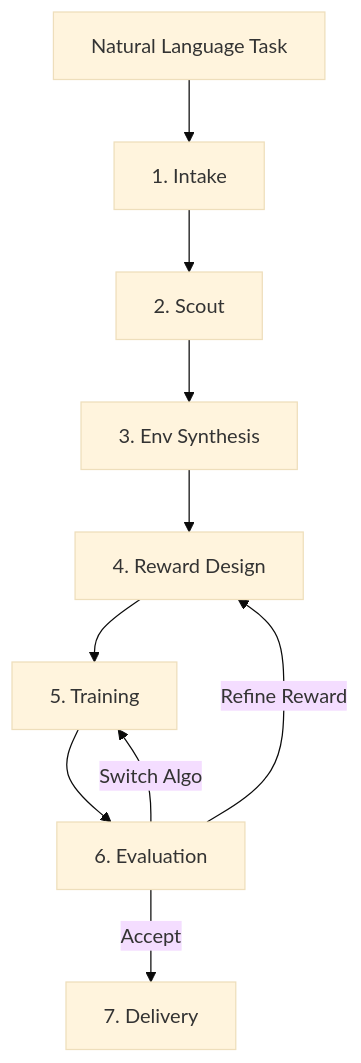
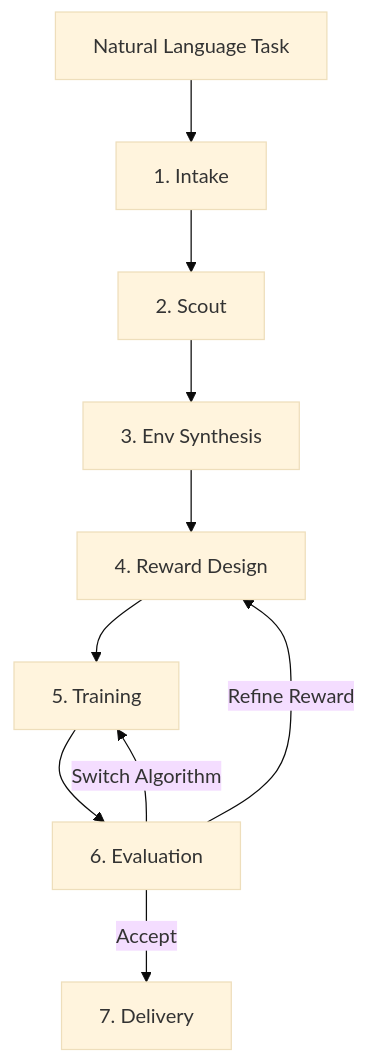
The diagram in docs/pipeline/overview.md (Shaswat2001/robosmith), drawn with Mermaid (base theme) before and after one commit. The commit also changed other lines of this file and 6 other files, not shown here.

````diff
--- a/docs/pipeline/overview.md
+++ b/docs/pipeline/overview.md
@@ -5,12 +7,12 @@
 ```mermaid
 flowchart TD
     A[Natural Language Task] --> B[1. Intake]
     B --> C[2. Scout]
     C --> D[3. Env Synthesis]
     D --> E[4. Reward Design]
     E --> F[5. Training]
     F --> G[6. Evaluation]
     G -->|Accept| H[7. Delivery]
     G -->|Refine Reward| E
-    G -->|Switch Algo| F
+    G -->|Switch Algorithm| F
 ```
````
